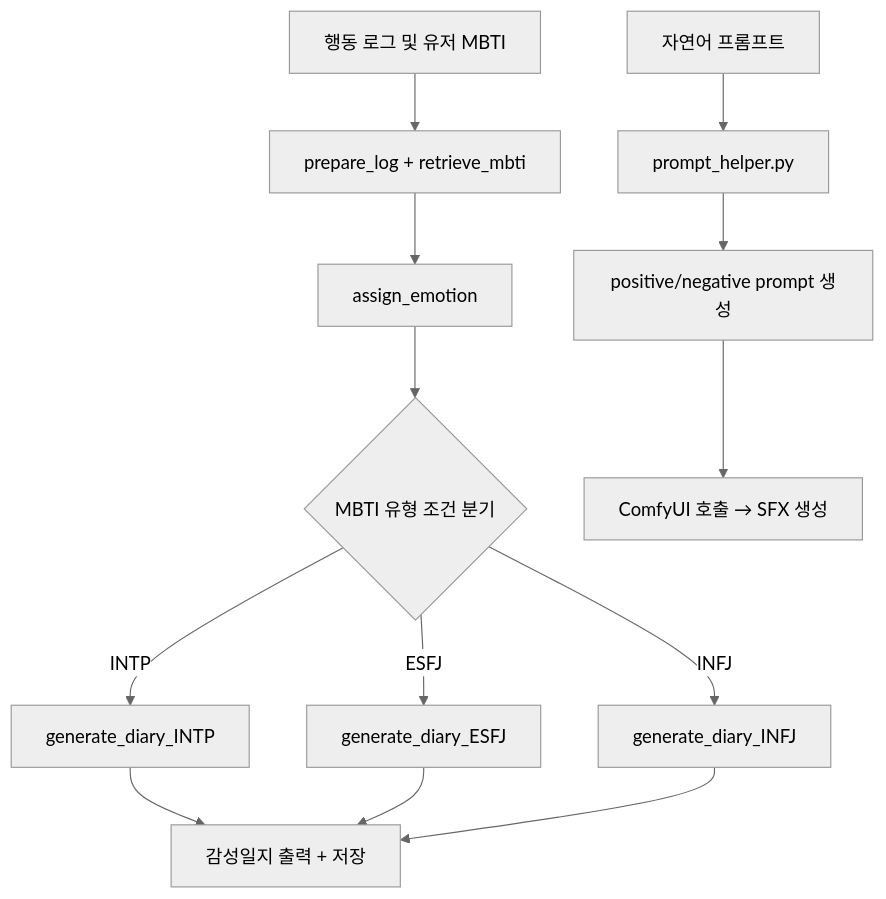
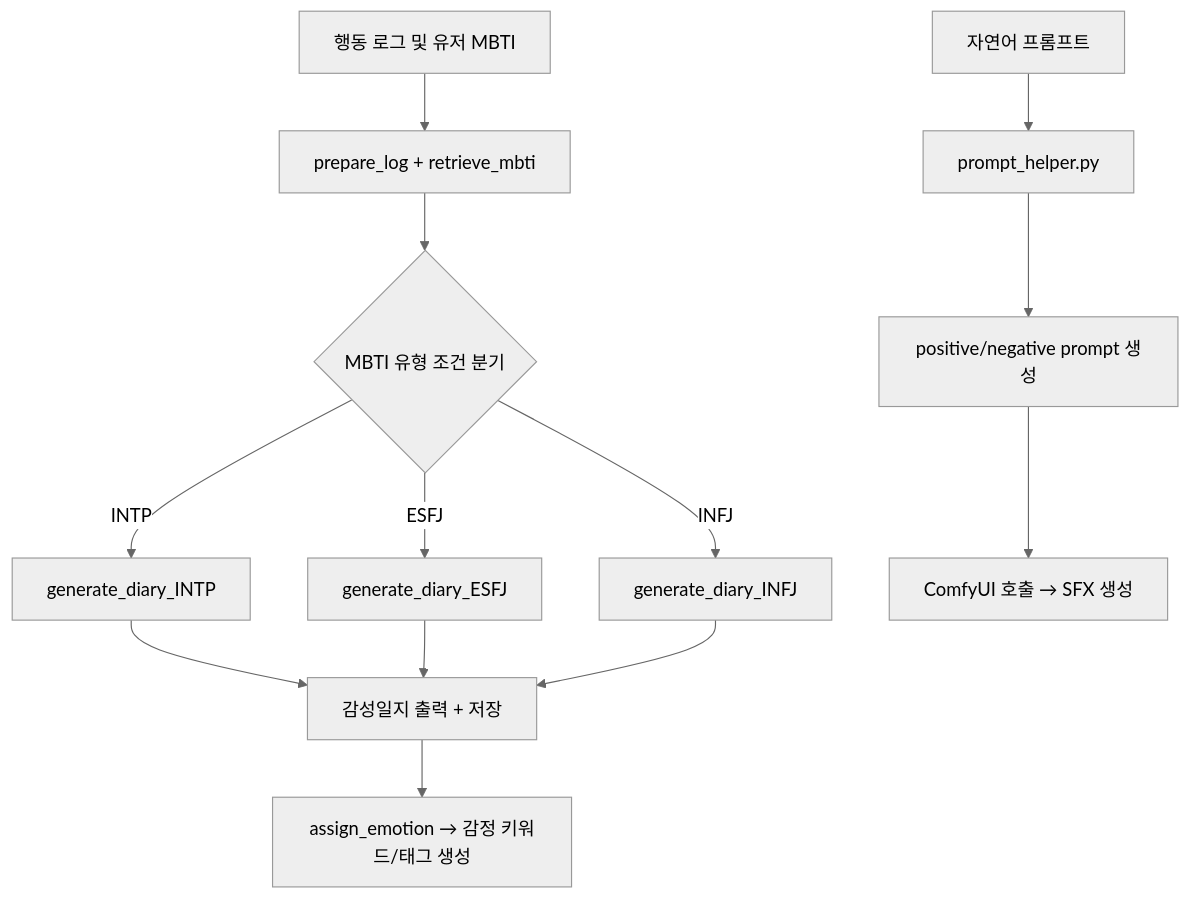
Before and after one commit to OnyX0000/ProjectISG-AI: the diagram in README.md, drawn with Mermaid (neutral theme).

Commit message:
docs:README.md 수정

````diff
--- a/README.md
+++ b/README.md
@@ -54,14 +54,14 @@
 ```mermaid
 graph TD
   A[행동 로그 및 유저 MBTI] --> B[prepare_log + retrieve_mbti]
-  B --> C[assign_emotion]
-  C --> D{MBTI 유형 조건 분기}
-  D -->|INTP| E1[generate_diary_INTP]
-  D -->|ESFJ| E2[generate_diary_ESFJ]
-  D -->|INFJ| E3[generate_diary_INFJ]
-  E1 & E2 & E3 --> F[감성일지 출력 + 저장]
+  B --> C{MBTI 유형 조건 분기}
+  C -->|INTP| E1[generate_diary_INTP]
+  C -->|ESFJ| E2[generate_diary_ESFJ]
+  C -->|INFJ| E3[generate_diary_INFJ]
+  E1 & E2 & E3 --> D[감성일지 출력 + 저장]
+  D --> F[assign_emotion → 감정 키워드/태그 생성]
 
   G[자연어 프롬프트] --> H[prompt_helper.py]
   H --> I[positive/negative prompt 생성]
   I --> J[ComfyUI 호출 → SFX 생성]
 ```
````
